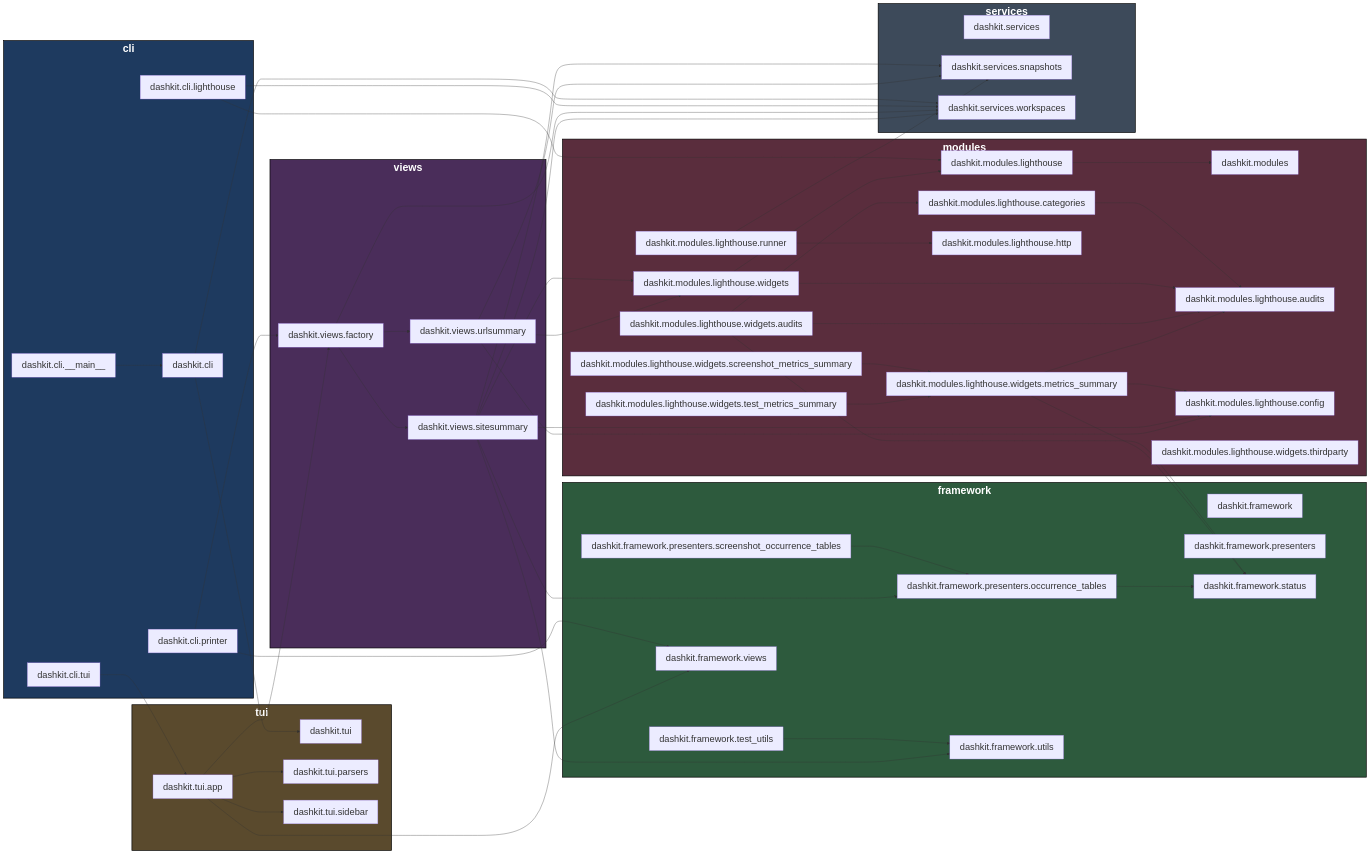
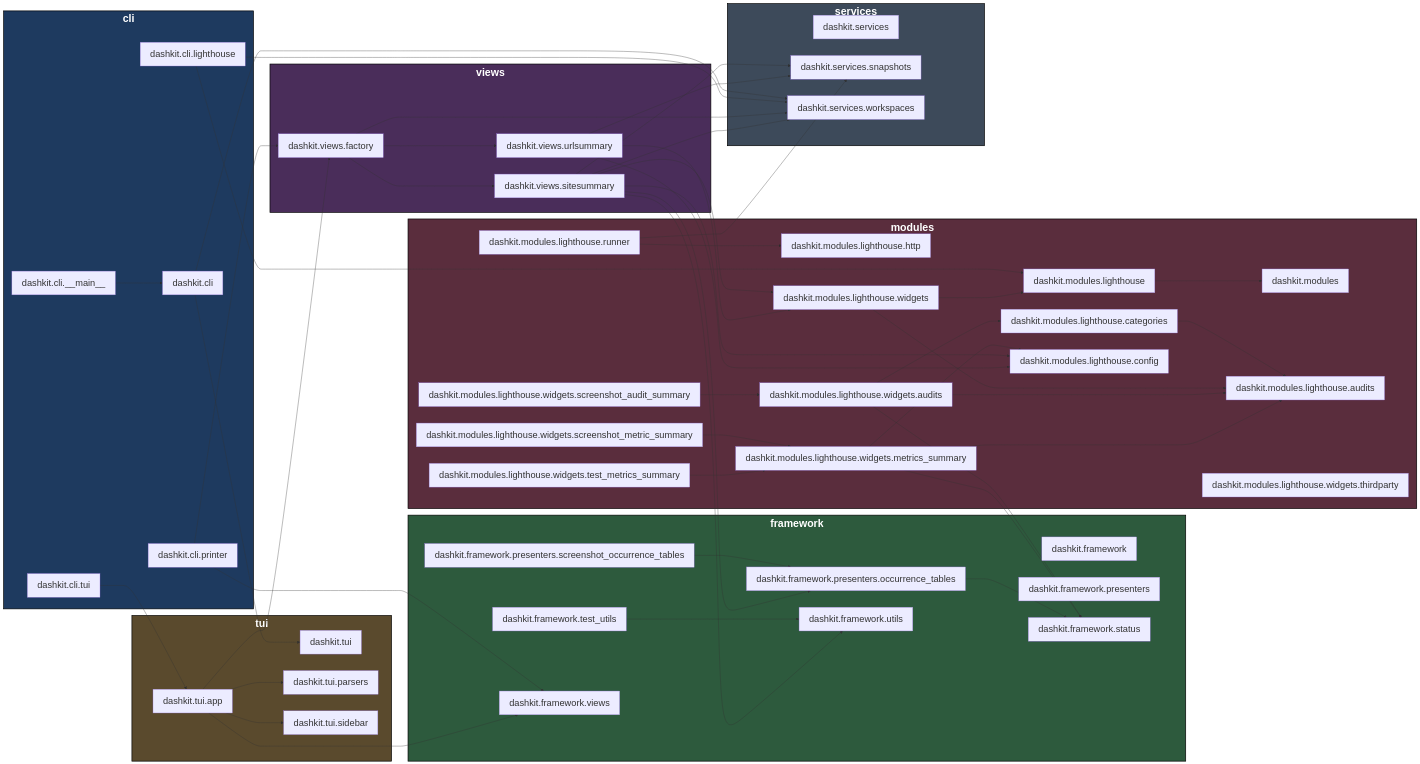
Before and after one commit to oct-cr/web-audit-tool: the diagram in docs/arch-code-diagram.mmd, drawn with Mermaid. The commit also changed 10 other files, not shown here.

Commit message:
add Audit Summary Screenshot

```diff
--- a/docs/arch-code-diagram.mmd
+++ b/docs/arch-code-diagram.mmd
@@ -1,107 +1,109 @@
 flowchart LR
 %% Auto-generated from code (utils/gen_arch_diagram.py)
 
 subgraph cli["<b style='font-size:32px'>cli</b>"]
   style cli fill:#1e3a5f,color:#fff,stroke:#000,stroke-width:2px
   dashkit_cli["dashkit.cli"]
   dashkit_cli___main__["dashkit.cli.__main__"]
   dashkit_cli_lighthouse["dashkit.cli.lighthouse"]
   dashkit_cli_printer["dashkit.cli.printer"]
   dashkit_cli_tui["dashkit.cli.tui"]
 end
 
 subgraph framework["<b style='font-size:32px'>framework</b>"]
   style framework fill:#2d5a3d,color:#fff,stroke:#000,stroke-width:2px
   dashkit_framework["dashkit.framework"]
   dashkit_framework_presenters["dashkit.framework.presenters"]
   dashkit_framework_presenters_occurrence_tables["dashkit.framework.presenters.occurrence_tables"]
   dashkit_framework_presenters_screenshot_occurrence_tables["dashkit.framework.presenters.screenshot_occurrence_tables"]
   dashkit_framework_status["dashkit.framework.status"]
   dashkit_framework_test_utils["dashkit.framework.test_utils"]
   dashkit_framework_utils["dashkit.framework.utils"]
   dashkit_framework_views["dashkit.framework.views"]
 end
 
 subgraph modules["<b style='font-size:32px'>modules</b>"]
   style modules fill:#5a2d3d,color:#fff,stroke:#000,stroke-width:2px
   dashkit_modules["dashkit.modules"]
   dashkit_modules_lighthouse["dashkit.modules.lighthouse"]
   dashkit_modules_lighthouse_audits["dashkit.modules.lighthouse.audits"]
   dashkit_modules_lighthouse_categories["dashkit.modules.lighthouse.categories"]
   dashkit_modules_lighthouse_config["dashkit.modules.lighthouse.config"]
   dashkit_modules_lighthouse_http["dashkit.modules.lighthouse.http"]
   dashkit_modules_lighthouse_runner["dashkit.modules.lighthouse.runner"]
   dashkit_modules_lighthouse_widgets["dashkit.modules.lighthouse.widgets"]
   dashkit_modules_lighthouse_widgets_audits["dashkit.modules.lighthouse.widgets.audits"]
   dashkit_modules_lighthouse_widgets_metrics_summary["dashkit.modules.lighthouse.widgets.metrics_summary"]
-  dashkit_modules_lighthouse_widgets_screenshot_metrics_summary["dashkit.modules.lighthouse.widgets.screenshot_metrics_summary"]
+  dashkit_modules_lighthouse_widgets_screenshot_audit_summary["dashkit.modules.lighthouse.widgets.screenshot_audit_summary"]
+  dashkit_modules_lighthouse_widgets_screenshot_metric_summary["dashkit.modules.lighthouse.widgets.screenshot_metric_summary"]
   dashkit_modules_lighthouse_widgets_test_metrics_summary["dashkit.modules.lighthouse.widgets.test_metrics_summary"]
   dashkit_modules_lighthouse_widgets_thirdparty["dashkit.modules.lighthouse.widgets.thirdparty"]
 end
 
 subgraph services["<b style='font-size:32px'>services</b>"]
   style services fill:#3d4a5a,color:#fff,stroke:#000,stroke-width:2px
   dashkit_services["dashkit.services"]
   dashkit_services_snapshots["dashkit.services.snapshots"]
   dashkit_services_workspaces["dashkit.services.workspaces"]
 end
 
 subgraph tui["<b style='font-size:32px'>tui</b>"]
   style tui fill:#5a4a2d,color:#fff,stroke:#000,stroke-width:2px
   dashkit_tui["dashkit.tui"]
   dashkit_tui_app["dashkit.tui.app"]
   dashkit_tui_parsers["dashkit.tui.parsers"]
   dashkit_tui_sidebar["dashkit.tui.sidebar"]
 end
 
 subgraph views["<b style='font-size:32px'>views</b>"]
   style views fill:#4a2d5a,color:#fff,stroke:#000,stroke-width:2px
   dashkit_views_factory["dashkit.views.factory"]
   dashkit_views_sitesummary["dashkit.views.sitesummary"]
   dashkit_views_urlsummary["dashkit.views.urlsummary"]
 end
 
 dashkit_cli --> dashkit_services_workspaces
 dashkit_cli --> dashkit_tui
 dashkit_cli___main__ --> dashkit_cli
 dashkit_cli_lighthouse --> dashkit_modules_lighthouse
 dashkit_cli_lighthouse --> dashkit_services_workspaces
 dashkit_cli_printer --> dashkit_framework_views
 dashkit_cli_printer --> dashkit_views_factory
 dashkit_cli_tui --> dashkit_tui_app
 dashkit_framework_presenters_occurrence_tables --> dashkit_framework_status
 dashkit_framework_presenters_screenshot_occurrence_tables --> dashkit_framework_presenters_occurrence_tables
 dashkit_framework_test_utils --> dashkit_framework_utils
 dashkit_modules_lighthouse --> dashkit_modules
 dashkit_modules_lighthouse_categories --> dashkit_modules_lighthouse_audits
 dashkit_modules_lighthouse_runner --> dashkit_modules_lighthouse_http
 dashkit_modules_lighthouse_runner --> dashkit_services_snapshots
 dashkit_modules_lighthouse_widgets --> dashkit_modules_lighthouse
 dashkit_modules_lighthouse_widgets --> dashkit_modules_lighthouse_audits
 dashkit_modules_lighthouse_widgets_audits --> dashkit_framework_status
 dashkit_modules_lighthouse_widgets_audits --> dashkit_modules_lighthouse_audits
 dashkit_modules_lighthouse_widgets_audits --> dashkit_modules_lighthouse_categories
 dashkit_modules_lighthouse_widgets_metrics_summary --> dashkit_framework_status
 dashkit_modules_lighthouse_widgets_metrics_summary --> dashkit_modules_lighthouse_audits
 dashkit_modules_lighthouse_widgets_metrics_summary --> dashkit_modules_lighthouse_config
-dashkit_modules_lighthouse_widgets_screenshot_metrics_summary --> dashkit_modules_lighthouse_widgets_metrics_summary
+dashkit_modules_lighthouse_widgets_screenshot_audit_summary --> dashkit_modules_lighthouse_widgets_audits
+dashkit_modules_lighthouse_widgets_screenshot_metric_summary --> dashkit_modules_lighthouse_widgets_metrics_summary
 dashkit_modules_lighthouse_widgets_test_metrics_summary --> dashkit_modules_lighthouse_widgets_metrics_summary
 dashkit_tui_app --> dashkit_framework_views
 dashkit_tui_app --> dashkit_tui_parsers
 dashkit_tui_app --> dashkit_tui_sidebar
 dashkit_tui_app --> dashkit_views_factory
 dashkit_views_factory --> dashkit_services_workspaces
 dashkit_views_factory --> dashkit_views_sitesummary
 dashkit_views_factory --> dashkit_views_urlsummary
 dashkit_views_sitesummary --> dashkit_framework_presenters_occurrence_tables
 dashkit_views_sitesummary --> dashkit_framework_utils
 dashkit_views_sitesummary --> dashkit_modules_lighthouse_config
 dashkit_views_sitesummary --> dashkit_modules_lighthouse_widgets
 dashkit_views_sitesummary --> dashkit_services_snapshots
 dashkit_views_sitesummary --> dashkit_services_workspaces
 dashkit_views_urlsummary --> dashkit_modules_lighthouse_config
 dashkit_views_urlsummary --> dashkit_modules_lighthouse_widgets
 dashkit_views_urlsummary --> dashkit_services_snapshots
 
 classDef nodeClass font-size:28px;
-class dashkit_framework_test_utils,dashkit_framework,dashkit_framework_utils,dashkit_framework_views,dashkit_framework_status,dashkit_tui_sidebar,dashkit_tui,dashkit_tui_parsers,dashkit_tui_app,dashkit_cli,dashkit_cli_tui,dashkit_cli_lighthouse,dashkit_cli_printer,dashkit_cli___main__,dashkit_modules,dashkit_views_sitesummary,dashkit_views_factory,dashkit_views_urlsummary,dashkit_services_snapshots,dashkit_services,dashkit_services_workspaces,dashkit_modules_lighthouse_audits,dashkit_modules_lighthouse_runner,dashkit_modules_lighthouse_config,dashkit_modules_lighthouse_categories,dashkit_modules_lighthouse,dashkit_modules_lighthouse_http,dashkit_modules_lighthouse_widgets_screenshot_metrics_summary,dashkit_modules_lighthouse_widgets_audits,dashkit_modules_lighthouse_widgets,dashkit_modules_lighthouse_widgets_metrics_summary,dashkit_modules_lighthouse_widgets_test_metrics_summary,dashkit_modules_lighthouse_widgets_thirdparty,dashkit_framework_presenters_screenshot_occurrence_tables,dashkit_framework_presenters,dashkit_framework_presenters_occurrence_tables nodeClass;
+class dashkit_framework_test_utils,dashkit_framework,dashkit_framework_utils,dashkit_framework_views,dashkit_framework_status,dashkit_tui_sidebar,dashkit_tui,dashkit_tui_parsers,dashkit_tui_app,dashkit_cli,dashkit_cli_tui,dashkit_cli_lighthouse,dashkit_cli_printer,dashkit_cli___main__,dashkit_modules,dashkit_views_sitesummary,dashkit_views_factory,dashkit_views_urlsummary,dashkit_services_snapshots,dashkit_services,dashkit_services_workspaces,dashkit_modules_lighthouse_audits,dashkit_modules_lighthouse_runner,dashkit_modules_lighthouse_config,dashkit_modules_lighthouse_categories,dashkit_modules_lighthouse,dashkit_modules_lighthouse_http,dashkit_modules_lighthouse_widgets_audits,dashkit_modules_lighthouse_widgets_screenshot_audit_summary,dashkit_modules_lighthouse_widgets,dashkit_modules_lighthouse_widgets_metrics_summary,dashkit_modules_lighthouse_widgets_screenshot_metric_summary,dashkit_modules_lighthouse_widgets_test_metrics_summary,dashkit_modules_lighthouse_widgets_thirdparty,dashkit_framework_presenters_screenshot_occurrence_tables,dashkit_framework_presenters,dashkit_framework_presenters_occurrence_tables nodeClass;
```
